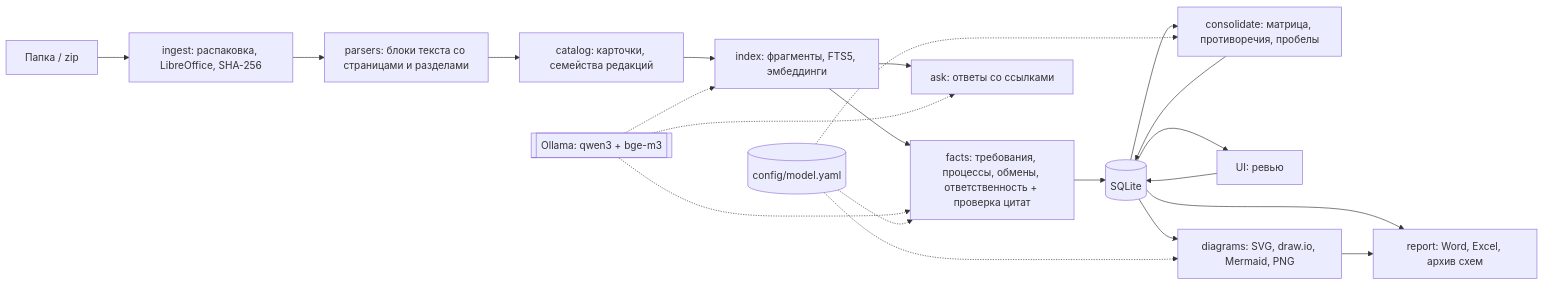
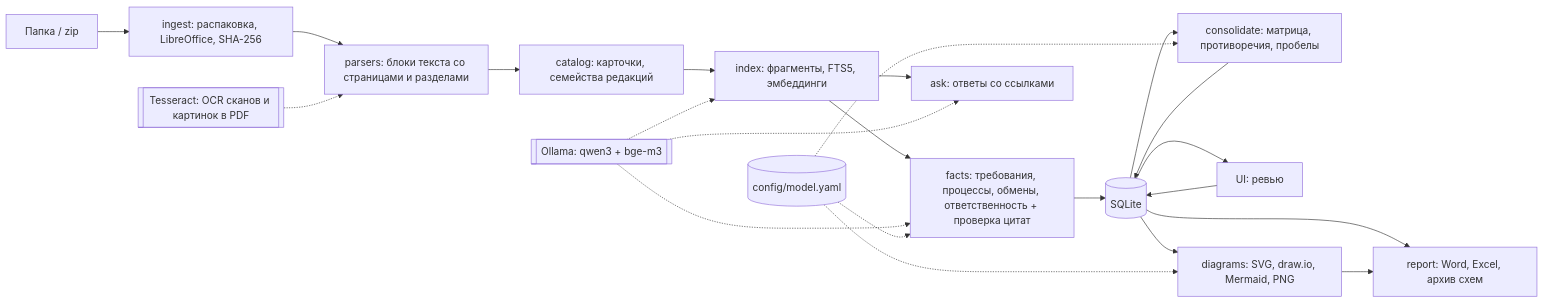
The diagram in docs/ARCHITECTURE.md (lliill1/amr-rms-logistics-docs-analysis), drawn with Mermaid before and after one commit. The commit also changed other lines of this file and 20 other files, not shown here.

````diff
--- a/docs/ARCHITECTURE.md
+++ b/docs/ARCHITECTURE.md
@@ -14,19 +14,20 @@
 ```mermaid
 flowchart LR
   A[Папка / zip] --> B[ingest: распаковка, LibreOffice, SHA-256]
   B --> C[parsers: блоки текста со страницами и разделами]
+  O[[Tesseract: OCR сканов и картинок в PDF]] -.-> C
   C --> D[catalog: карточки, семейства редакций]
   D --> E[index: фрагменты, FTS5, эмбеддинги]
   E --> F[facts: требования, процессы, обмены, ответственность + проверка цитат]
   F --> G[(SQLite)]
   G --> K[consolidate: матрица, противоречия, пробелы]
   K --> G
   G --> H[UI: ревью]
   H --> G
   G --> M[diagrams: SVG, draw.io, Mermaid, PNG]
   G --> I[report: Word, Excel, архив схем]
   M --> I
   E --> J[ask: ответы со ссылками]
   L[[Ollama: qwen3 + bge-m3]] -.-> E & F & J
   V[(config/model.yaml)] -.-> F & K & M
 ```
````
